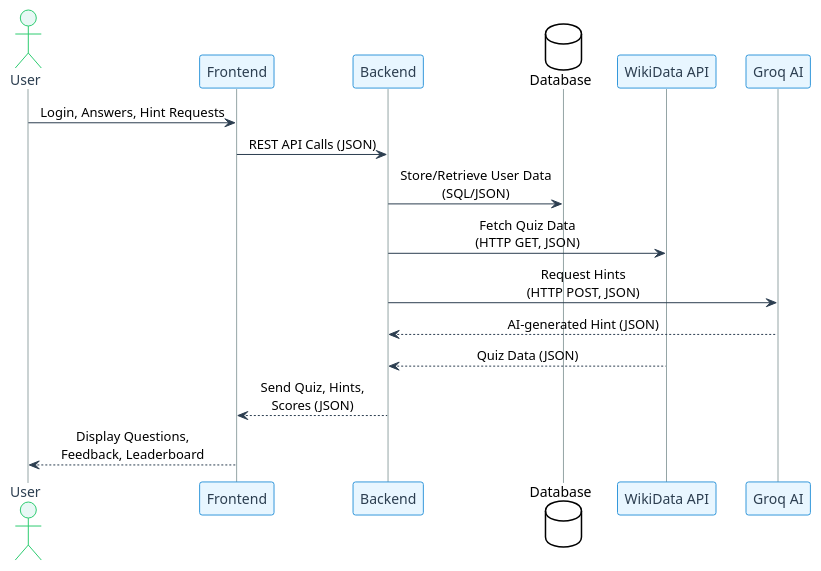
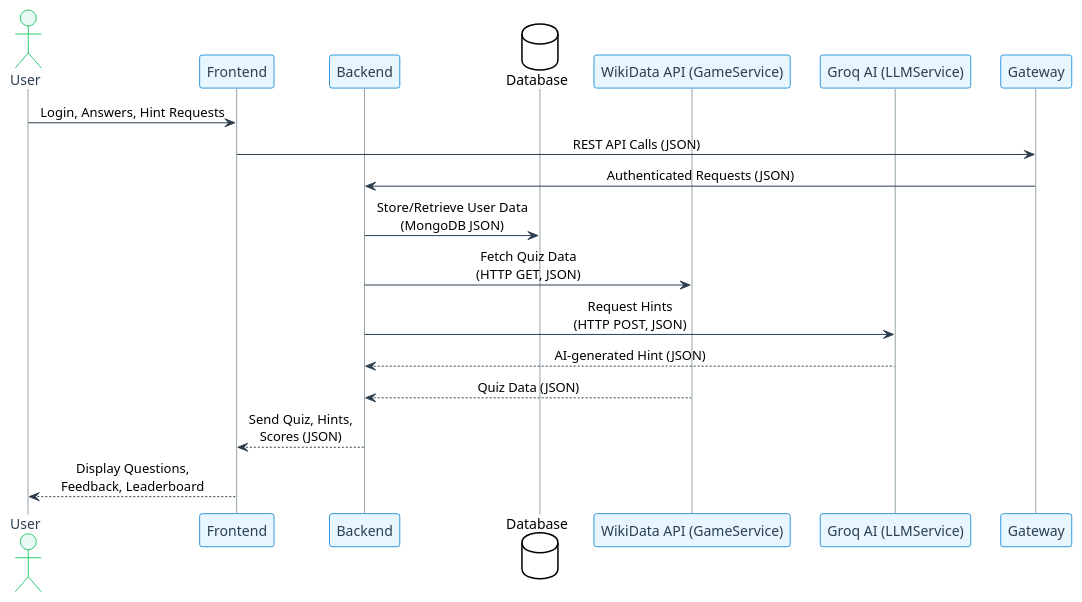
One commit to Arquisoft/wichat_en2b changed the second of 2 diagrams in docs/src/03_context_and_scope.adoc. Above: the diagram before and after it, drawn with PlantUML. The commit also changed other lines of this file, not shown here.

```diff
--- a/docs/src/03_context_and_scope.adoc
+++ b/docs/src/03_context_and_scope.adoc
@@ -90,47 +92,49 @@
 [plantuml]
 ----
 @startuml
 !theme plain
 skinparam BackgroundColor transparent
 skinparam sequenceMessageAlign center
 
 ' Custom styles
 skinparam sequence {
     ArrowColor #2C3E50
     LifeLineBorderColor #95A5A6
     LifeLineBackgroundColor #ECF0F1
     
     ParticipantBorderColor #3498DB
     ParticipantBackgroundColor #E8F6FF
     ParticipantFontColor #2C3E50
     ParticipantFontSize 14
     
     ActorBorderColor #2ECC71
     ActorBackgroundColor #E8F8F5
     ActorFontColor #2C3E50
     ActorFontSize 14
     
     DatabaseBorderColor #9B59B6
     DatabaseBackgroundColor #F4ECF7
 }
 
 actor User
 participant "Frontend" as Frontend
 participant "Backend" as Backend
 database "Database" as DB
-participant "WikiData API" as WikiData
-participant "Groq AI" as AI
+participant "WikiData API (GameService)" as WikiData
+participant "Groq AI (LLMService)" as AI
+participant "Gateway" as Gateway
 
 User -> Frontend : Login, Answers, Hint Requests
-Frontend -> Backend : REST API Calls (JSON)
+Frontend -> Gateway : REST API Calls (JSON)
 
-Backend -> DB : Store/Retrieve User Data\n(SQL/JSON)
+Gateway -> Backend : Authenticated Requests (JSON)
+Backend -> DB : Store/Retrieve User Data\n(MongoDB JSON)
 Backend -> WikiData : Fetch Quiz Data\n(HTTP GET, JSON)
 Backend -> AI : Request Hints\n(HTTP POST, JSON)
 
 AI --> Backend : AI-generated Hint (JSON)
 WikiData --> Backend : Quiz Data (JSON)
 Backend --> Frontend : Send Quiz, Hints,\nScores (JSON)
 Frontend --> User : Display Questions,\nFeedback, Leaderboard
 @enduml
 ----
```
